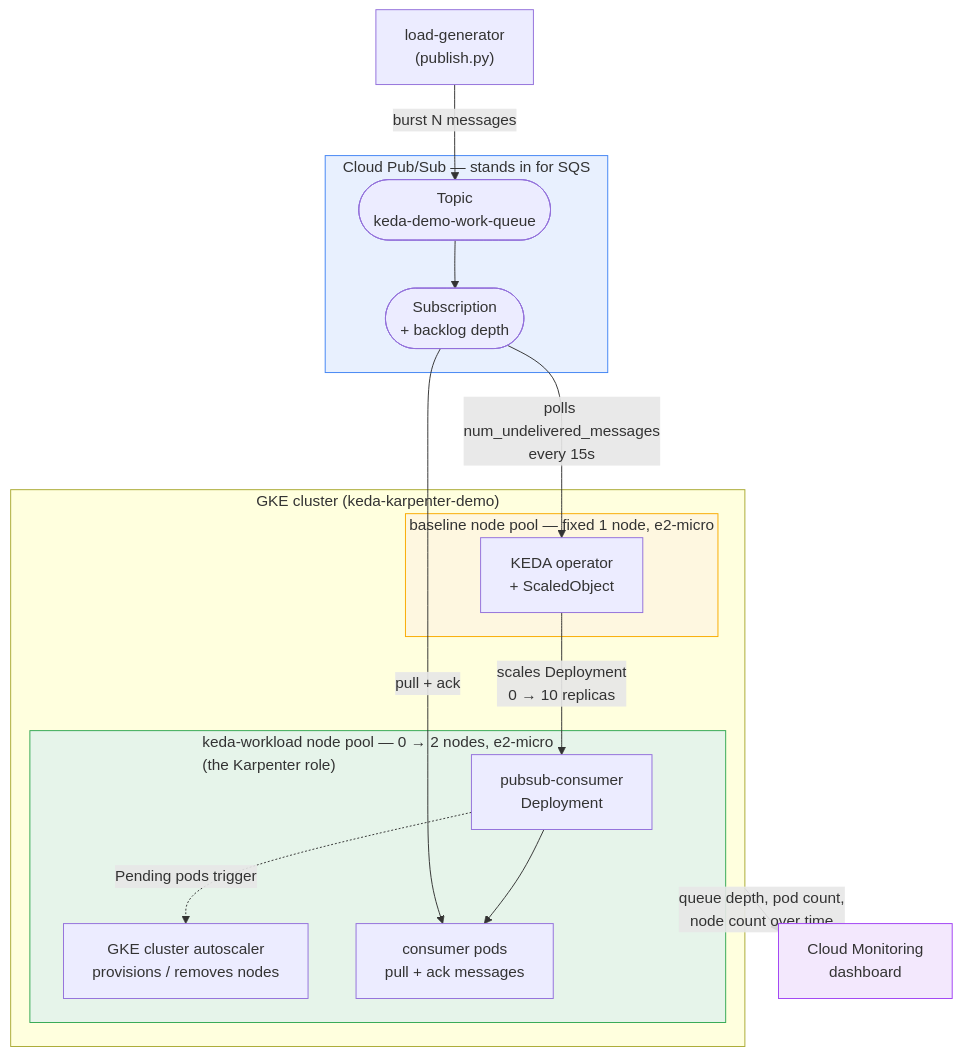
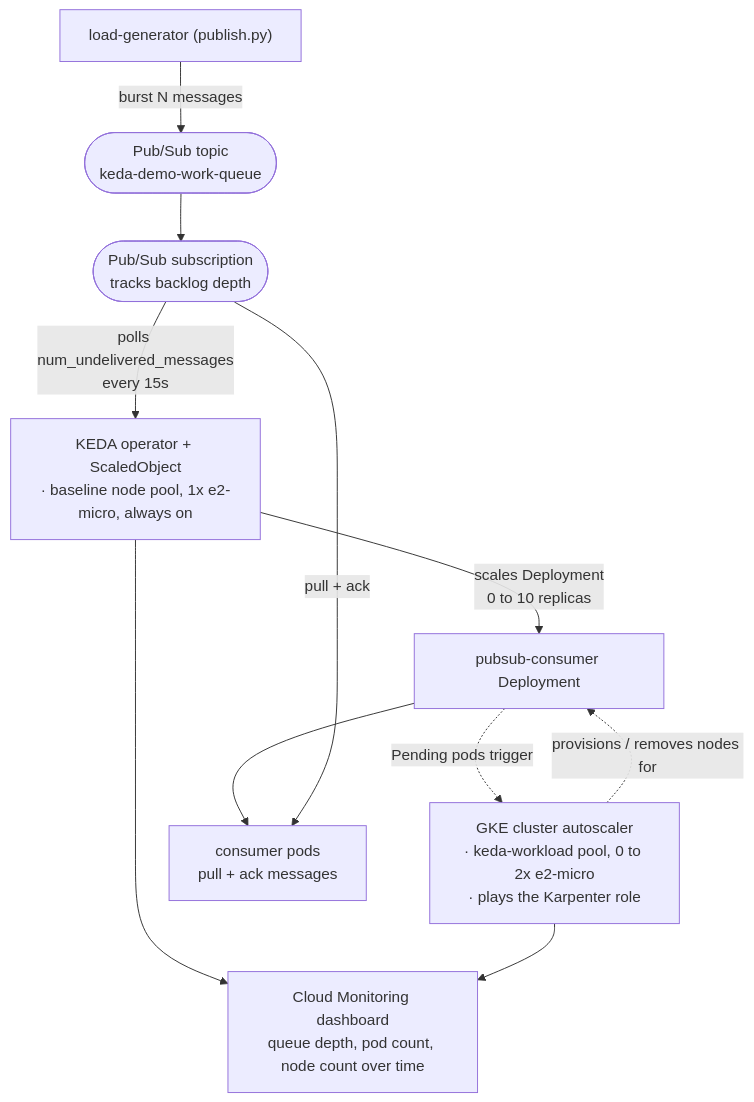
The diagram in README.md (soodrajesh/keda-karpenter-gke-demo), drawn with Mermaid before and after one commit. The commit also changed other lines of this file, not shown here.

Commit message:
Flatten Mermaid diagram to avoid subgraph title/node overlap

````diff
--- a/README.md
+++ b/README.md
@@ -10,32 +10,18 @@
 ```mermaid
 flowchart TB
-    LG["load-generator<br/>(publish.py)"] -->|"burst N messages"| TOPIC
+    LG["load-generator (publish.py)"] -->|"burst N messages"| TOPIC(["Pub/Sub topic<br/>keda-demo-work-queue"])
+    TOPIC --> SUB(["Pub/Sub subscription<br/>tracks backlog depth"])
 
-    subgraph PUBSUB["Cloud Pub/Sub — stands in for SQS"]
-        TOPIC(["Topic<br/>keda-demo-work-queue"]) --> SUB(["Subscription<br/>+ backlog depth"])
-    end
+    SUB -->|"polls num_undelivered_messages<br/>every 15s"| KEDA["KEDA operator + ScaledObject<br/>· baseline node pool, 1x e2-micro, always on"]
 
-    SUB -->|"polls num_undelivered_messages<br/>every 15s"| KEDA
+    KEDA -->|"scales Deployment<br/>0 to 10 replicas"| DEPLOY["pubsub-consumer Deployment"]
 
-    subgraph GKE["GKE cluster (keda-karpenter-demo)"]
-        subgraph BASE["baseline node pool — fixed 1 node, e2-micro"]
-            KEDA["KEDA operator<br/>+ ScaledObject"]
-        end
+    DEPLOY -.->|"Pending pods trigger"| AUTOSCALER["GKE cluster autoscaler<br/>· keda-workload pool, 0 to 2x e2-micro<br/>· plays the Karpenter role"]
+    AUTOSCALER -.->|"provisions / removes nodes for"| DEPLOY
 
-        KEDA -->|"scales Deployment<br/>0 → 10 replicas"| DEPLOY["pubsub-consumer<br/>Deployment"]
+    DEPLOY --> PODS["consumer pods<br/>pull + ack messages"]
+    SUB -->|"pull + ack"| PODS
 
-        subgraph WORK["keda-workload node pool — 0 → 2 nodes, e2-micro<br/>(the Karpenter role)"]
-            DEPLOY -.->|"Pending pods trigger"| AUTOSCALER["GKE cluster autoscaler<br/>provisions / removes nodes"]
-            PODS["consumer pods<br/>pull + ack messages"]
-        end
-    end
-
-    SUB -->|"pull + ack"| PODS
-    DEPLOY --> PODS
-    GKE -->|"queue depth, pod count,<br/>node count over time"| DASH["Cloud Monitoring<br/>dashboard"]
-
-    style PUBSUB fill:#e8f0fe,stroke:#4285f4
-    style BASE fill:#fef7e0,stroke:#f9ab00
-    style WORK fill:#e6f4ea,stroke:#34a853
-    style DASH fill:#f3e8fd,stroke:#a142f4
+    KEDA --> DASH["Cloud Monitoring dashboard<br/>queue depth, pod count, node count over time"]
+    AUTOSCALER --> DASH
 ```
````
